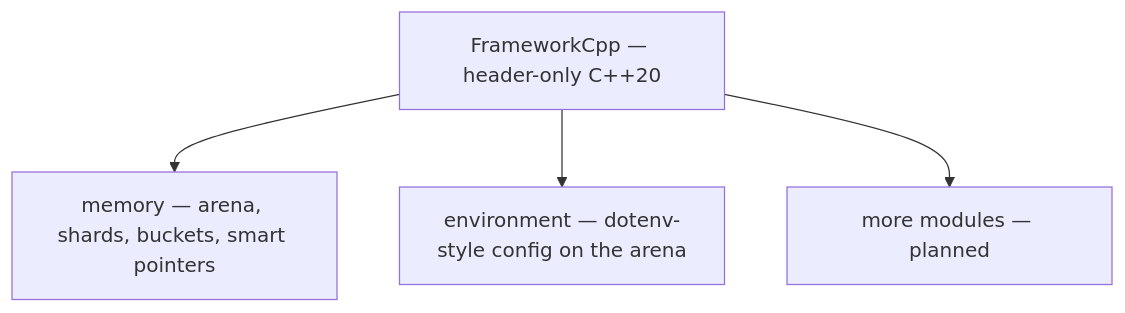
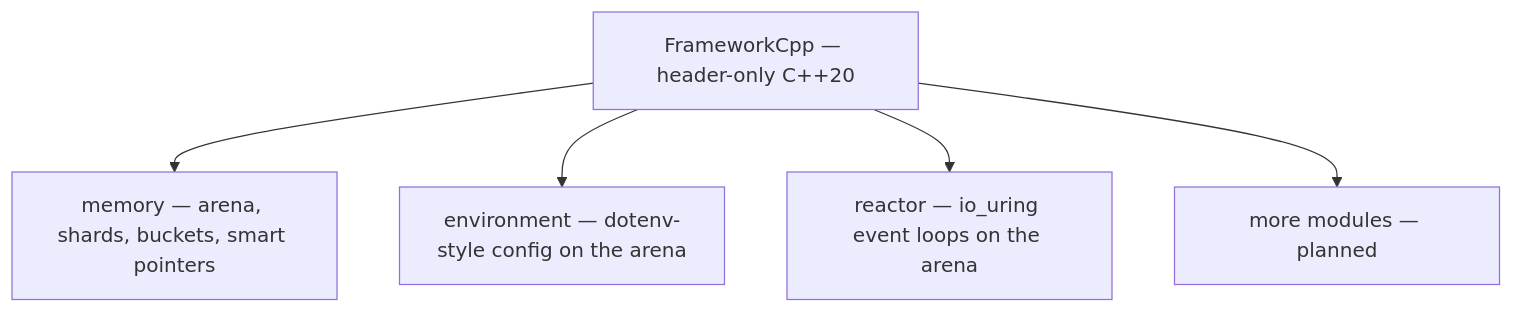
Before and after one commit to frameworkcpp/frameworkcpp: the diagram in docs/getting-started.md, drawn with Mermaid. The commit also changed other lines of this file and 20 other files, not shown here.

````diff
--- a/docs/getting-started.md
+++ b/docs/getting-started.md
@@ -14,6 +14,7 @@
 ```mermaid
 flowchart TD
     fc["FrameworkCpp — header-only C++20"] --> mem["memory — arena, shards, buckets, smart pointers"]
     fc --> env["environment — dotenv-style config on the arena"]
+    fc --> rea["reactor — io_uring event loops on the arena"]
     fc --> more["more modules — planned"]
 ```
````
